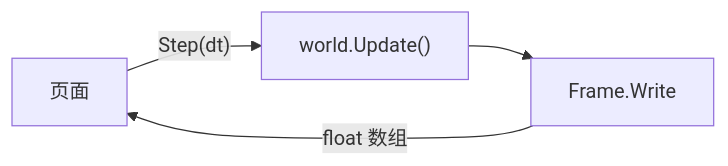
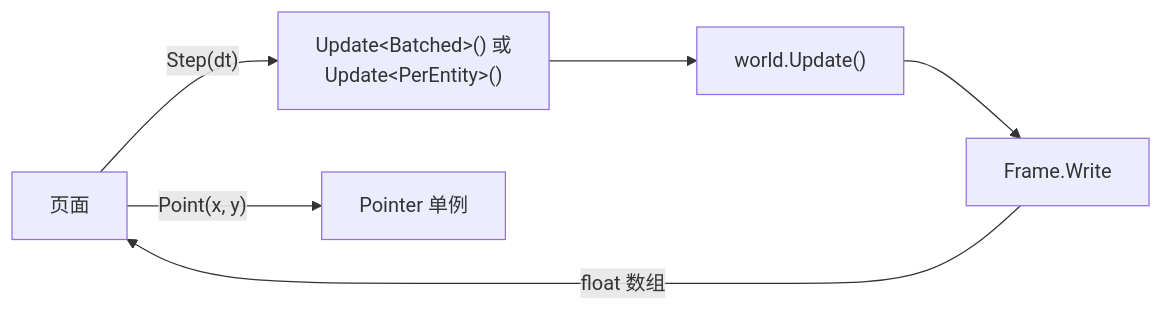
One commit to JasonXuDeveloper/EasyEcs changed the diagram in docs/content/demo.zh.mdx. Above: the diagram before and after it, drawn with Mermaid. The commit also changed other lines of this file and 2 other files, not shown here.

Commit message:
Docs: the live demo page describes the new world, batch SIMD and Mono AOT

````diff
--- a/docs/content/demo.zh.mdx
+++ b/docs/content/demo.zh.mdx
@@ -26,6 +27,8 @@
 ```mermaid
 flowchart LR
-    P[页面] -->|"Step(dt)"| U["world.Update()"]
+    P[页面] -->|"Step(dt)"| M["Update&lt;Batched&gt;() 或<br/>Update&lt;PerEntity&gt;()"]
+    M --> U["world.Update()"]
     U --> F[Frame.Write]
     F -->|float 数组| P
+    P -->|"Point(x, y)"| S[Pointer 单例]
 ```
````
